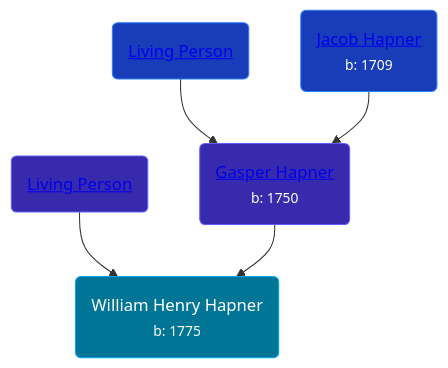
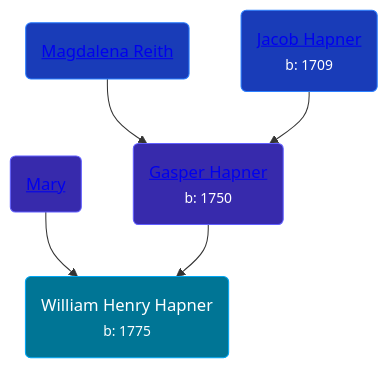
One commit to wpmgotkh/wpmgotkh.github.io changed the diagram in pages/people/9/95017783.md. Above: the diagram before and after it, drawn with Mermaid. The commit also changed other lines of this file and 586 other files, not shown here.

Commit message:
feat: better shouldConsiderPersonLiving algo

````diff
--- a/pages/people/9/95017783.md
+++ b/pages/people/9/95017783.md
@@ -11,11 +11,11 @@
 ```mermaid
 graph
 classDef grands fill:#193cb8,stroke:#2b7fff,stroke-width:1px,color:#fff;
 classDef parents fill:#372aac,stroke:#615fff,stroke-width:1px,color:#fff;
 classDef primary fill:#007595,stroke:#00a6f4,stroke-width:1px,color:#fff;
 95017783(William Henry Hapner<br /><small>b: 1775</small>):::primary
-78872424(<a class="text-white" href="/people/7/78872424">Living Person</a>):::parents-->95017783
+78872424(<a class="text-white" href="/people/7/78872424">Mary </a>):::parents-->95017783
 920624(<a class="text-white" href="/people/9/920624">Gasper Hapner</a><br /><small>b: 1750</small>):::parents-->95017783
-23759173(<a class="text-white" href="/people/2/23759173">Living Person</a>):::grands-->920624
+23759173(<a class="text-white" href="/people/2/23759173">Magdalena Reith</a>):::grands-->920624
 31698804(<a class="text-white" href="/people/3/31698804">Jacob Hapner</a><br /><small>b: 1709</small>):::grands-->920624
 ```
````
